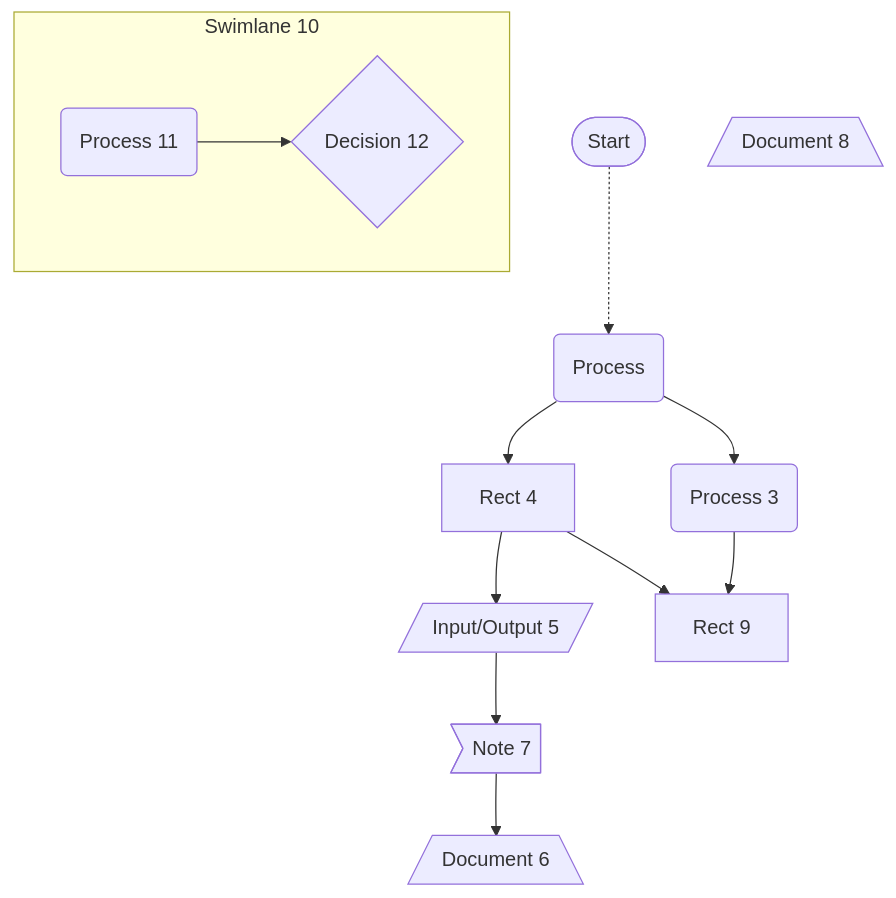
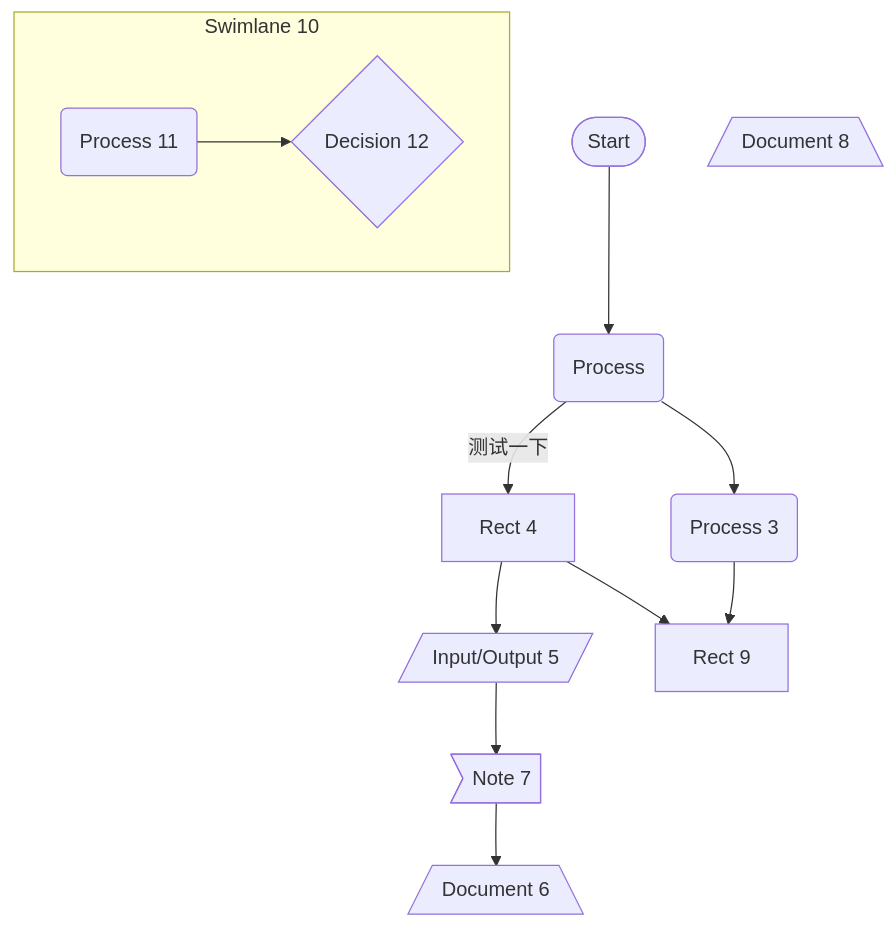
One commit to pingpm/mermaid_vault changed the diagram in mmd/流程图_3c82e5dc-80e4-4b41-a50d-f90f98ff5790.mmd. Above: the diagram before and after it, drawn with Mermaid. The commit also changed 2 other files, not shown here.

Commit message:
Sync Mermaid Studio data (12 diagrams)

```diff
--- a/mmd/流程图_3c82e5dc-80e4-4b41-a50d-f90f98ff5790.mmd
+++ b/mmd/流程图_3c82e5dc-80e4-4b41-a50d-f90f98ff5790.mmd
@@ -1,23 +1,23 @@
 graph TD
   subgraph 80730659-8bb1-4cec-afc1-f508a219c696 ["Swimlane 10"]
     7714202b-77ab-4f03-8f6c-5da3acacc44a("Process 11")
     f3a9e38a-2da4-4a9a-9213-2643698c5eb0{"Decision 12"}
   end
   start(["Start"])
   1("Process")
   2b55b8de-e64f-48f1-a8b6-94cca48b33d2("Process 3")
   f836676b-fb2c-4936-a911-d066d325c8e0["Rect 4"]
   7f7d8cb8-27fd-45d9-8d2e-dd3c2a474f13[/"Input/Output 5"/]
   c08d4eab-03ff-4bb2-8d24-cee61d141f9d[/"Document 6"\]
   cacbf4fd-8267-4e6e-acf7-b18af6489a9a>"Note 7"]
   34b56764-0d96-4aae-a160-b1c1707fb3df[/"Document 8"\]
   cd307345-a2eb-40e4-8f4c-f274dbcdef02["Rect 9"]
-  start -.-> 1
   1 --> 2b55b8de-e64f-48f1-a8b6-94cca48b33d2
   f836676b-fb2c-4936-a911-d066d325c8e0 --> 7f7d8cb8-27fd-45d9-8d2e-dd3c2a474f13
   f836676b-fb2c-4936-a911-d066d325c8e0 --> cd307345-a2eb-40e4-8f4c-f274dbcdef02
   7f7d8cb8-27fd-45d9-8d2e-dd3c2a474f13 --> cacbf4fd-8267-4e6e-acf7-b18af6489a9a
   cacbf4fd-8267-4e6e-acf7-b18af6489a9a --> c08d4eab-03ff-4bb2-8d24-cee61d141f9d
   7714202b-77ab-4f03-8f6c-5da3acacc44a --> f3a9e38a-2da4-4a9a-9213-2643698c5eb0
-  1 --> f836676b-fb2c-4936-a911-d066d325c8e0
+  1 -->|"测试一下"| f836676b-fb2c-4936-a911-d066d325c8e0
   2b55b8de-e64f-48f1-a8b6-94cca48b33d2 --> cd307345-a2eb-40e4-8f4c-f274dbcdef02
+  start --> 1
```
